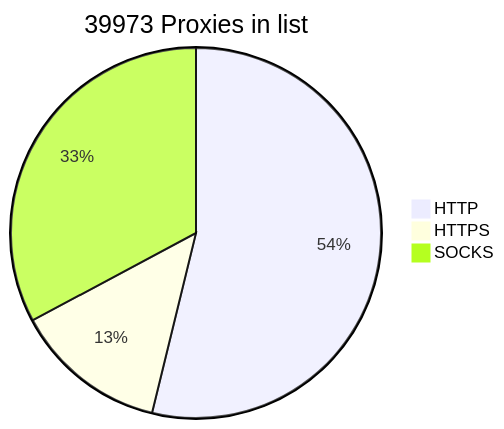
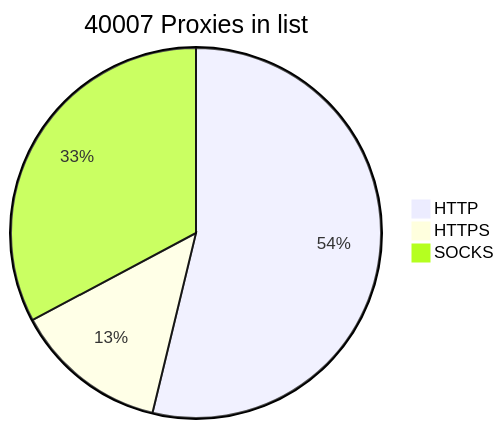
The diagram in README.md (BlackSnowDot/proxylist-update-every-minute), drawn with Mermaid before and after one commit. The commit also changed other lines of this file, not shown here.

````diff
--- a/README.md
+++ b/README.md
@@ -2,6 +2,6 @@
 ```mermaid
-pie title 39973 Proxies in list
-    "HTTP" : 23960
-    "HTTPS": 5953
+pie title 40007 Proxies in list
+    "HTTP" : 23962
+    "HTTPS": 5986
     "SOCKS" : 14609
 ```
````
